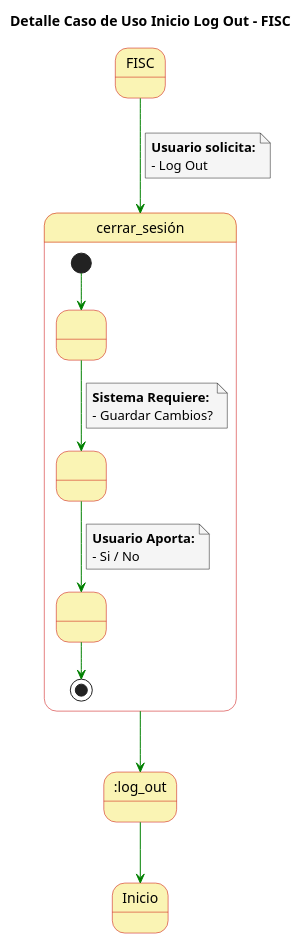
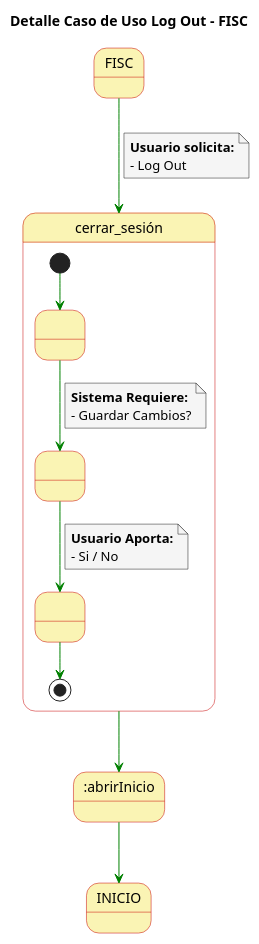
The diagram in casosDeUso/detallesCasosUso/detalleCasoUsoLogOut.puml (mmasias/23-24-IdSw1-SDR), drawn with PlantUML before and after one commit. The commit also changed 20 other files, not shown here.

```diff
--- a/casosDeUso/detallesCasosUso/detalleCasoUsoLogOut.puml
+++ b/casosDeUso/detallesCasosUso/detalleCasoUsoLogOut.puml
@@ -1,48 +1,48 @@
 @startuml
 
 skinparam state {
   BackgroundColor #faf4b4
   BorderColor #c90000
 }
 
 skinparam note {
   BackgroundColor #f5f5f5
 }
 
 skinparam linetype polyline
 
-title Detalle Caso de Uso Inicio Log Out - FISC
+title Detalle Caso de Uso Log Out - FISC
 
 FISC -[#green]-> cerrar_sesión
 note on link
   **Usuario solicita:**
   - Log Out
 end note
 
 state cerrar_sesión{
    state 1 as " "
    state 2 as " "
    state 3 as " "
 
    [*] -[#green]-> 1
   1 -[#green]-> 2
   note on link
       **Sistema Requiere:**
       - Guardar Cambios?
   end note
   2 -[#green]-> 3
   note on link
       **Usuario Aporta:**
       - Si / No
   end note
   3 -[#green]-> [*]
 
 }
 
 
-cerrar_sesión -[#green]-> :log_out 
+cerrar_sesión -[#green]-> :abrirInicio 
 
 
-:log_out -[#green]-> Inicio
+:abrirInicio -[#green]-> INICIO
 
 @enduml
```
